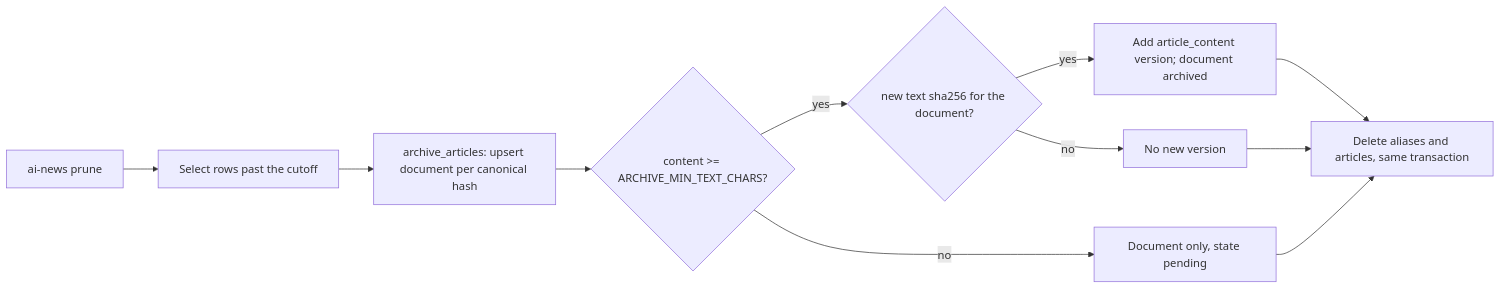
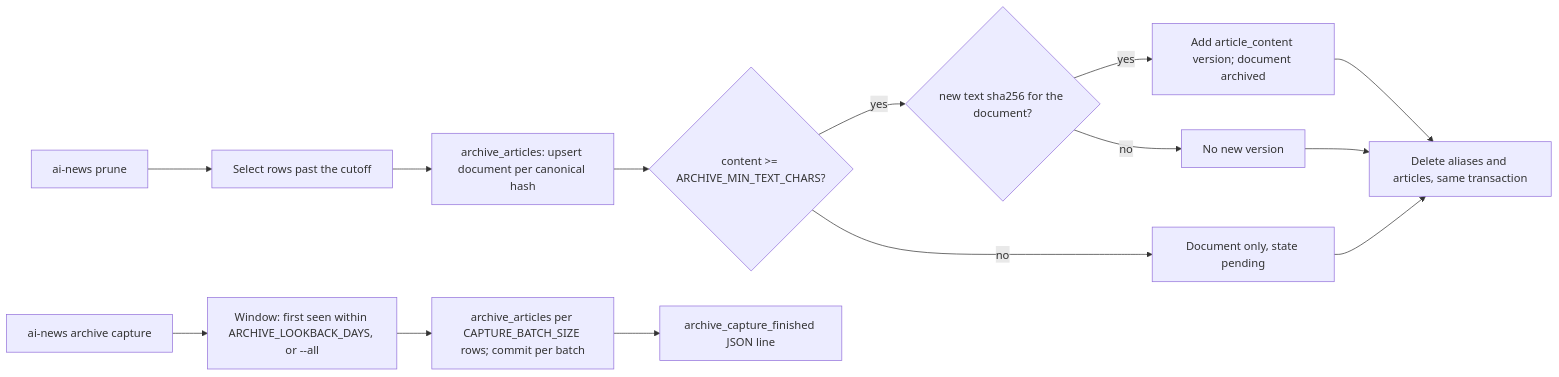
The diagram in src/app/core/archive/capture.md (Orlv-85/AI_PARSER), drawn with Mermaid before and after one commit. The commit also changed other lines of this file and 5 other files, not shown here.

First line of the commit message:
feat(archive): archive capture/status/purge commands (016 phase 2)

````diff
--- a/src/app/core/archive/capture.md
+++ b/src/app/core/archive/capture.md
@@ -16,13 +17,16 @@
 ```mermaid
 flowchart LR
   prune["ai-news prune"] --> select["Select rows past the cutoff"]
   select --> sync["archive_articles: upsert document per canonical hash"]
   sync --> long{"content >= ARCHIVE_MIN_TEXT_CHARS?"}
   long -- yes --> hash{"new text sha256 for the document?"}
   hash -- yes --> version["Add article_content version; document archived"]
   hash -- no --> keep["No new version"]
   long -- no --> pending["Document only, state pending"]
   version --> delete["Delete aliases and articles, same transaction"]
   keep --> delete
   pending --> delete
+  cli["ai-news archive capture"] --> window["Window: first seen within ARCHIVE_LOOKBACK_DAYS, or --all"]
+  window --> batches["archive_articles per CAPTURE_BATCH_SIZE rows; commit per batch"]
+  batches --> summary["archive_capture_finished JSON line"]
 ```
````
